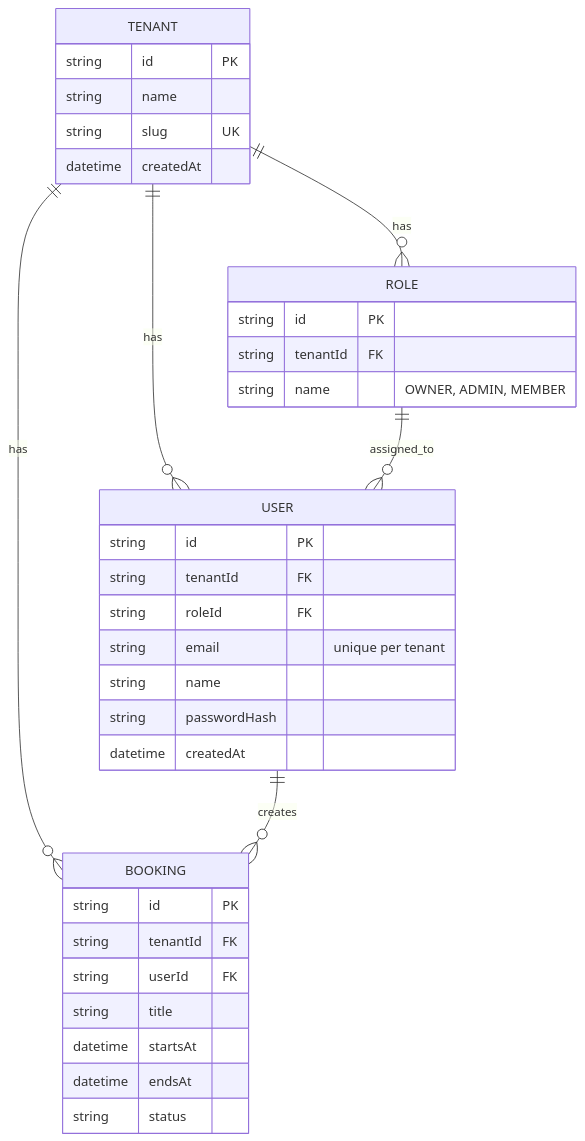
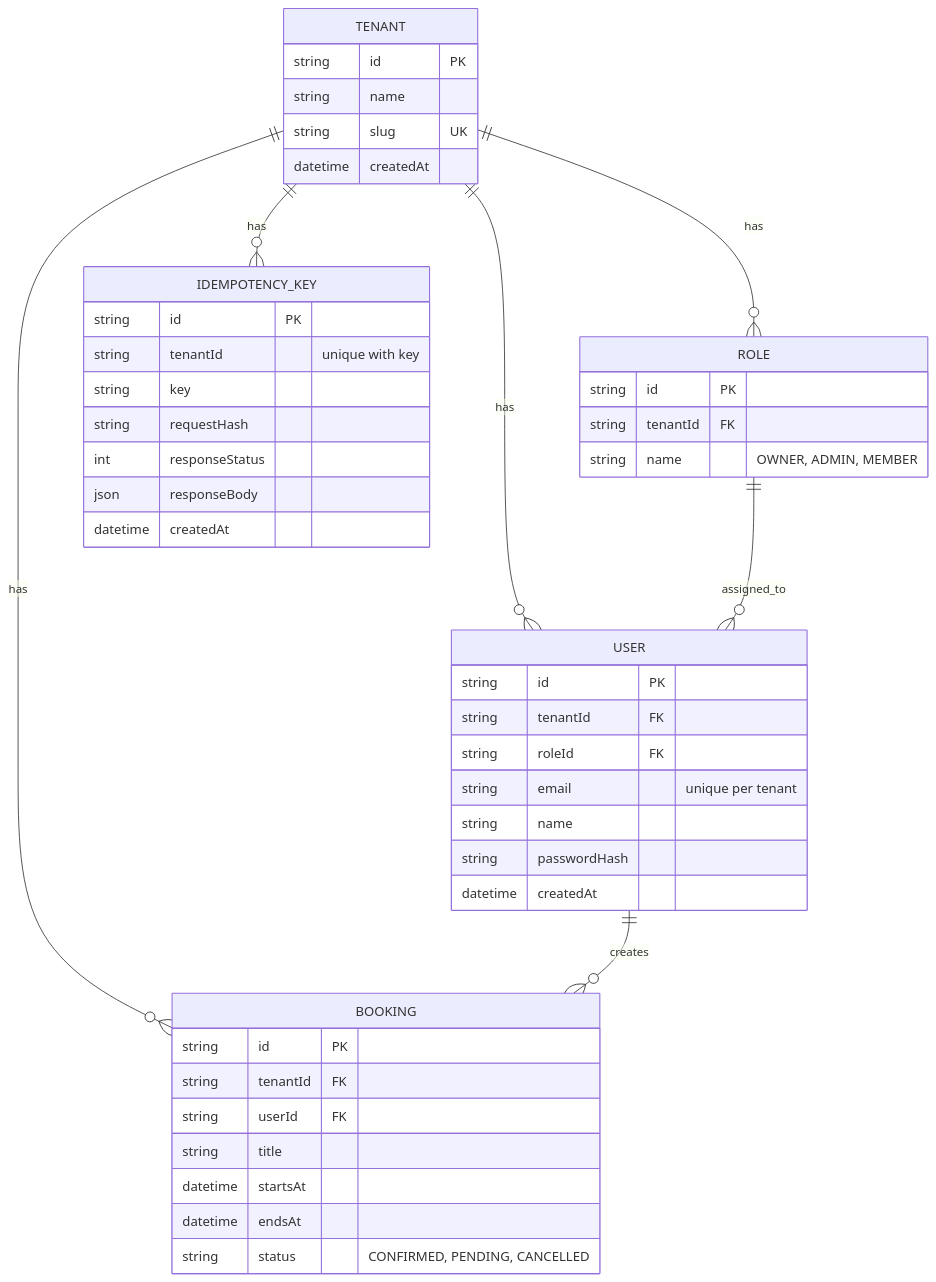
Before and after one commit to Tooba-Tanvir/tenantbook: the first of 2 diagrams in README.md, drawn with Mermaid. The commit also changed other lines of this file, not shown here.

Commit message:
Week 2: booking APIs with idempotency, calendar UI, auth, RLS grants

````diff
--- a/README.md
+++ b/README.md
@@ -16,38 +84,48 @@
 ```mermaid
 erDiagram
   TENANT ||--o{ ROLE : has
   TENANT ||--o{ USER : has
   TENANT ||--o{ BOOKING : has
+  TENANT ||--o{ IDEMPOTENCY_KEY : has
   ROLE ||--o{ USER : assigned_to
   USER ||--o{ BOOKING : creates
 
   TENANT {
     string id PK
     string name
     string slug UK
     datetime createdAt
   }
   ROLE {
     string id PK
     string tenantId FK
     string name "OWNER, ADMIN, MEMBER"
   }
   USER {
     string id PK
     string tenantId FK
     string roleId FK
     string email "unique per tenant"
     string name
     string passwordHash
     datetime createdAt
   }
   BOOKING {
     string id PK
     string tenantId FK
     string userId FK
     string title
     datetime startsAt
     datetime endsAt
-    string status
+    string status "CONFIRMED, PENDING, CANCELLED"
+  }
+  IDEMPOTENCY_KEY {
+    string id PK
+    string tenantId "unique with key"
+    string key
+    string requestHash
+    int responseStatus
+    json responseBody
+    datetime createdAt
   }
 ```
````
